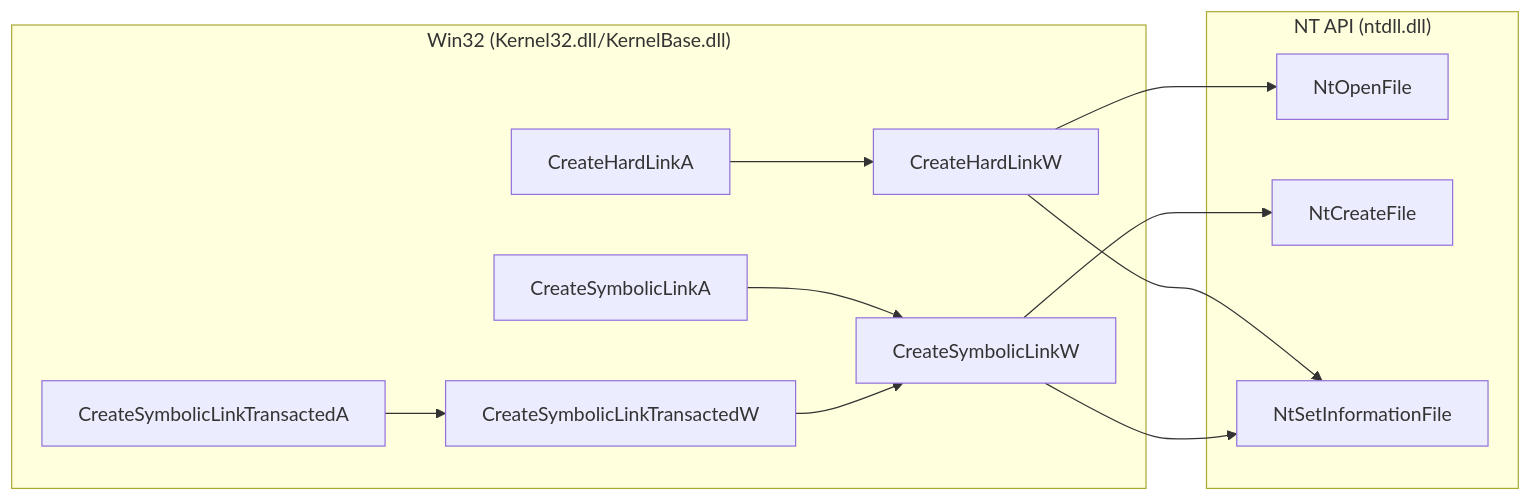
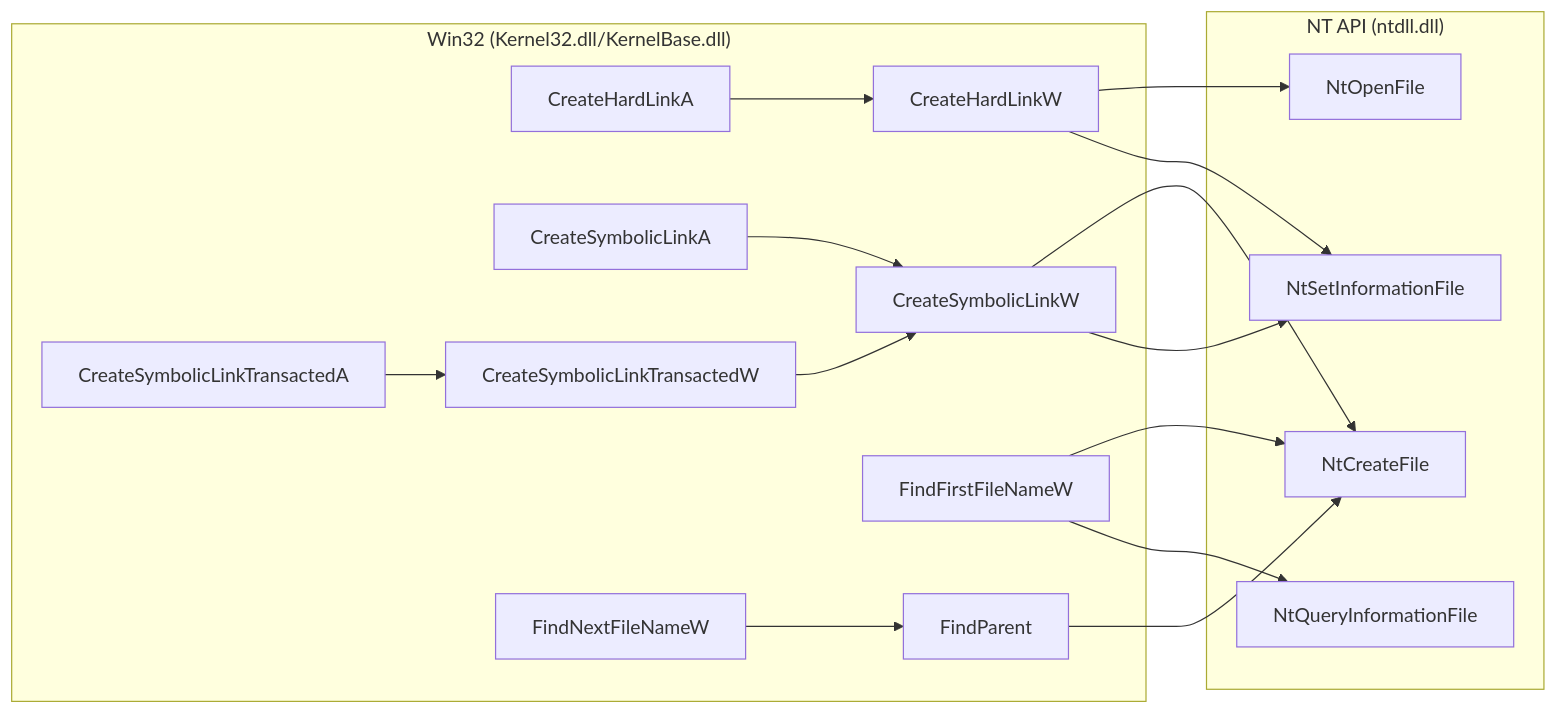
The sixth of 9 diagrams in docs/index.md (Sewer56/vfs-writeup), drawn with Mermaid before and after one commit.

Commit message:
Moved: FindFirstFileNameW to symbolic links section.

````diff
--- a/docs/index.md
+++ b/docs/index.md
@@ -481,27 +481,35 @@
 ```mermaid
 flowchart LR
     subgraph Win32["Win32 (Kernel32.dll/KernelBase.dll)"]
     CreateHardLinkA
     CreateHardLinkW
     CreateSymbolicLinkA
     CreateSymbolicLinkW
     CreateSymbolicLinkTransactedA
     CreateSymbolicLinkTransactedW
+    FindFirstFileNameW
+    FindNextFileNameW
+    FindParent
 
     CreateHardLinkA --> CreateHardLinkW
     CreateSymbolicLinkA --> CreateSymbolicLinkW
     CreateSymbolicLinkTransactedA --> CreateSymbolicLinkTransactedW
     CreateSymbolicLinkTransactedW --> CreateSymbolicLinkW
+    FindNextFileNameW --> FindParent
     end
 
     subgraph NT["NT API (ntdll.dll)"]
     NtOpenFile
     NtCreateFile
     NtSetInformationFile
+    NtQueryInformationFile
 
     CreateHardLinkW --> NtOpenFile
     CreateHardLinkW --> NtSetInformationFile
     CreateSymbolicLinkW --> NtCreateFile
     CreateSymbolicLinkW --> NtSetInformationFile
+    FindFirstFileNameW --> NtCreateFile
+    FindFirstFileNameW --> NtQueryInformationFile
+    FindParent --> NtCreateFile
     end
 ```
````
